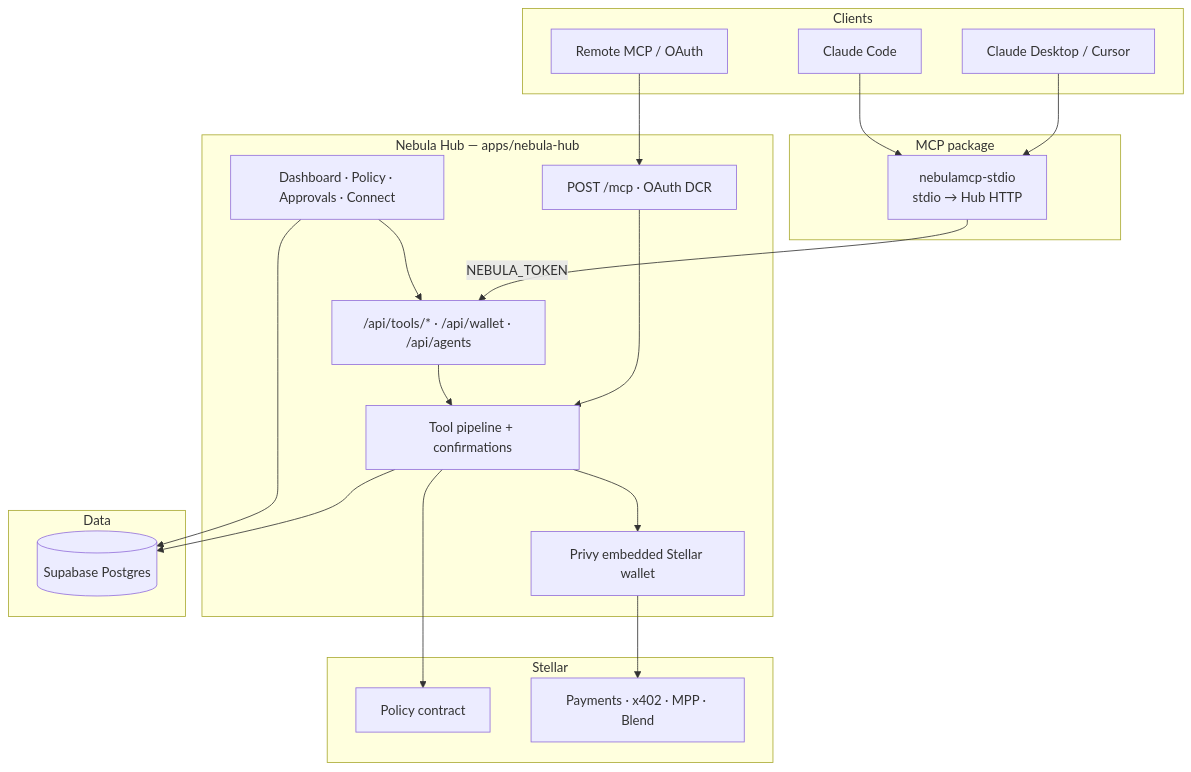
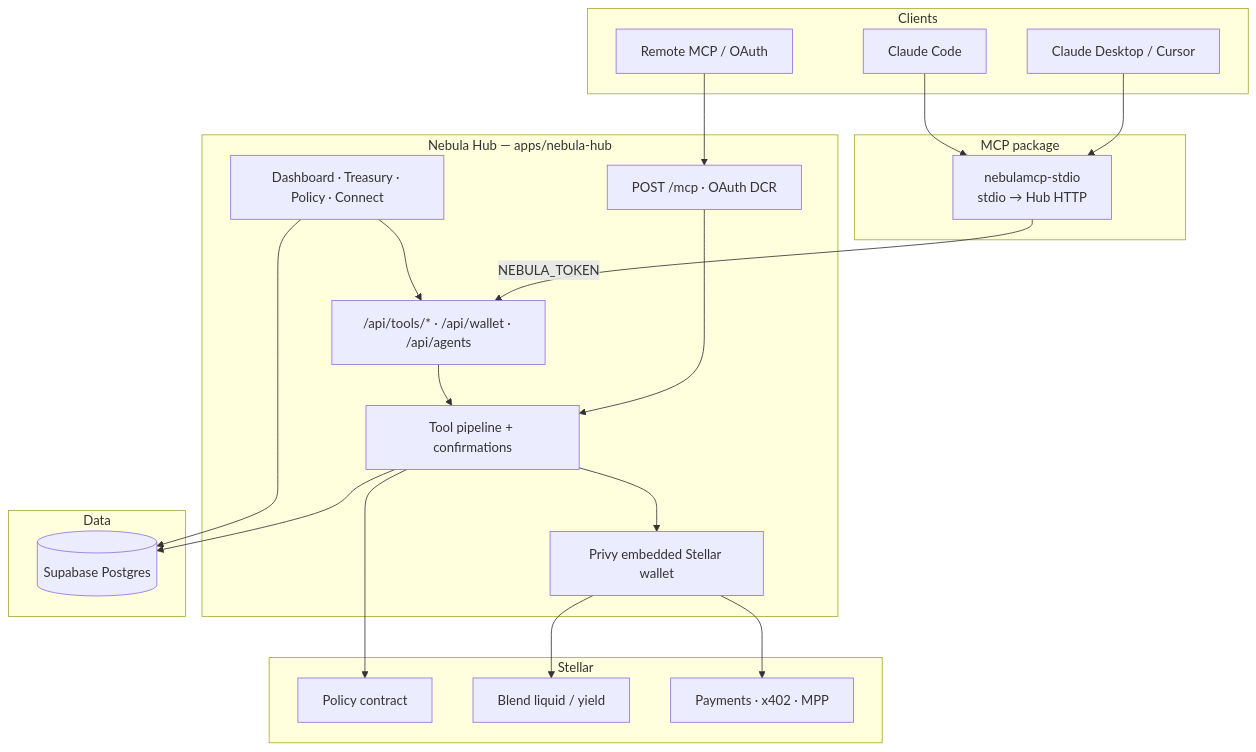
One commit to Caerlower/Nebula changed the diagram in README.md. Above: the diagram before and after it, drawn with Mermaid. The commit also changed other lines of this file, not shown here.

````diff
--- a/README.md
+++ b/README.md
@@ -41,42 +41,44 @@
 ```mermaid
 flowchart TB
   subgraph clients [Clients]
     CD[Claude Desktop / Cursor]
     CC[Claude Code]
     RM[Remote MCP / OAuth]
   end
 
   subgraph npm [MCP package]
     STDIO["nebulamcp-stdio<br/>stdio → Hub HTTP"]
   end
 
   subgraph hub [Nebula Hub — apps/nebula-hub]
-    UI[Dashboard · Policy · Approvals · Connect]
+    UI[Dashboard · Treasury · Policy · Connect]
     API["/api/tools/* · /api/wallet · /api/agents"]
     MCP["POST /mcp · OAuth DCR"]
     PIPE[Tool pipeline + confirmations]
     PRIVY[Privy embedded Stellar wallet]
   end
 
   subgraph chain [Stellar]
     POL[Policy contract]
-    NET[Payments · x402 · MPP · Blend]
+    TREAS[Blend liquid / yield]
+    NET[Payments · x402 · MPP]
   end
 
   subgraph data [Data]
     SB[(Supabase Postgres)]
   end
 
   CD --> STDIO
   CC --> STDIO
   STDIO -->|"NEBULA_TOKEN"| API
   RM --> MCP
   MCP --> PIPE
   API --> PIPE
   UI --> API
   PIPE --> PRIVY
   PIPE --> POL
+  PRIVY --> TREAS
   PRIVY --> NET
   PIPE --> SB
   UI --> SB
 ```
````
